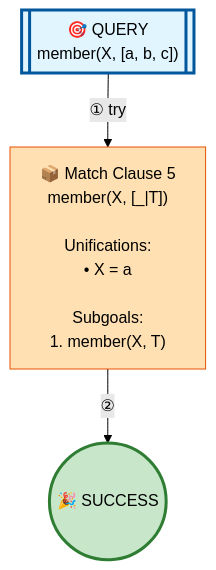
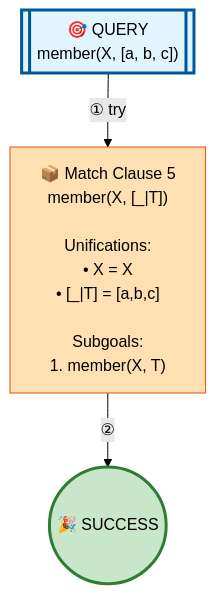
One commit to jarecsni/prolog-trace-viz changed the diagram in examples/member-full.md. Above: the diagram before and after it, drawn with Mermaid (forest theme). The commit also changed 17 other files, not shown here.

````diff
--- a/examples/member-full.md
+++ b/examples/member-full.md
@@ -18,17 +18,17 @@
 ```mermaid
 graph TD
 
 %% Nodes
 A[["🎯 QUERY<br/>member(X, [a, b, c])"]]
-B["📦 Match Clause 5<br/>member(X, [_|T])<br/><br/>Unifications:<br/>• X = a<br/><br/>Subgoals:<br/>1. member(X, T)"]
+B["📦 Match Clause 5<br/>member(X, [_|T])<br/><br/>Unifications:<br/>• X = X<br/>• [_|T] = [a,b,c]<br/><br/>Subgoals:<br/>1. member(X, T)"]
 C(("🎉 SUCCESS"))
 
 %% Edges
 A -->|"① try"| B
 B -->|"②"| C
 
 %% Styles
 style A fill:#e1f5ff,stroke:#01579b,stroke-width:3px
 style B fill:#ffe0b2,stroke:#e65100
 style C fill:#c8e6c9,stroke:#2e7d32,stroke-width:3px
 ```
````
